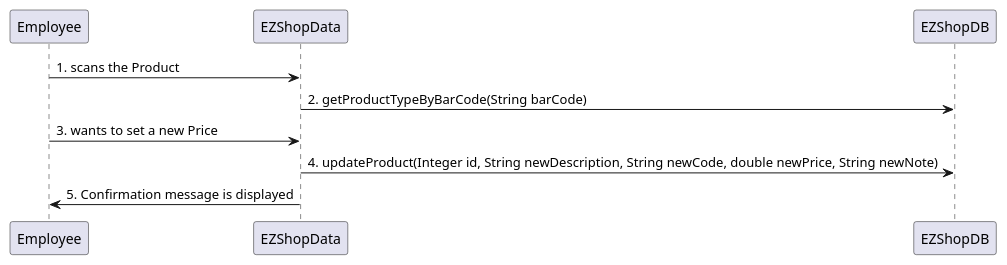
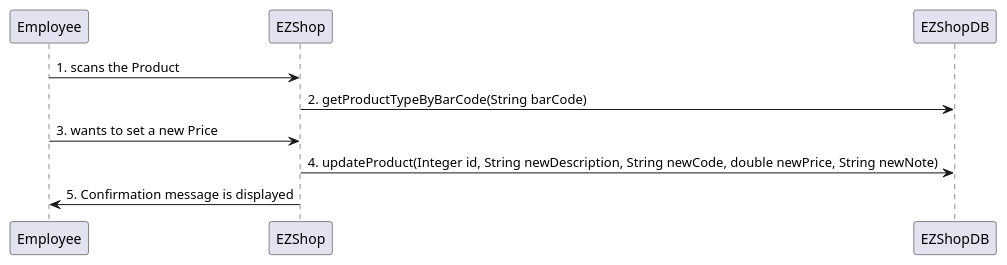
One commit to djemar/softeng_ezshop changed the fifth of 31 diagrams in Deliverables/DesignDocument.md. Above: the diagram before and after it, drawn with PlantUML. The commit also changed other lines of this file, not shown here.

````diff
--- a/Deliverables/DesignDocument.md
+++ b/Deliverables/DesignDocument.md
@@ -294,7 +306,7 @@
 ```plantuml
-"Employee" -> "EZShopData": 1. scans the Product
-"EZShopData" -> "EZShopDB" : 2. getProductTypeByBarCode(String barCode)
-"Employee" -> "EZShopData": 3. wants to set a new Price
-"EZShopData" -> "EZShopDB": 4. updateProduct(Integer id, String newDescription, String newCode, double newPrice, String newNote)
-"EZShopData" -> "Employee": 5. Confirmation message is displayed
+"Employee" -> "EZShop": 1. scans the Product
+"EZShop" -> "EZShopDB" : 2. getProductTypeByBarCode(String barCode)
+"Employee" -> "EZShop": 3. wants to set a new Price
+"EZShop" -> "EZShopDB": 4. updateProduct(Integer id, String newDescription, String newCode, double newPrice, String newNote)
+"EZShop" -> "Employee": 5. Confirmation message is displayed
 ```
````
